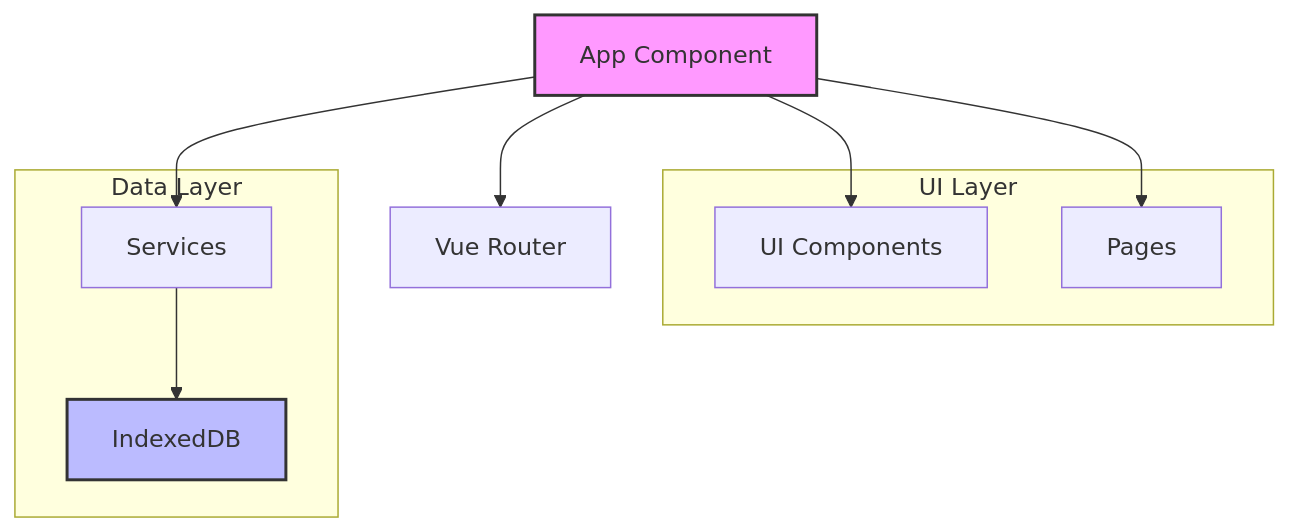
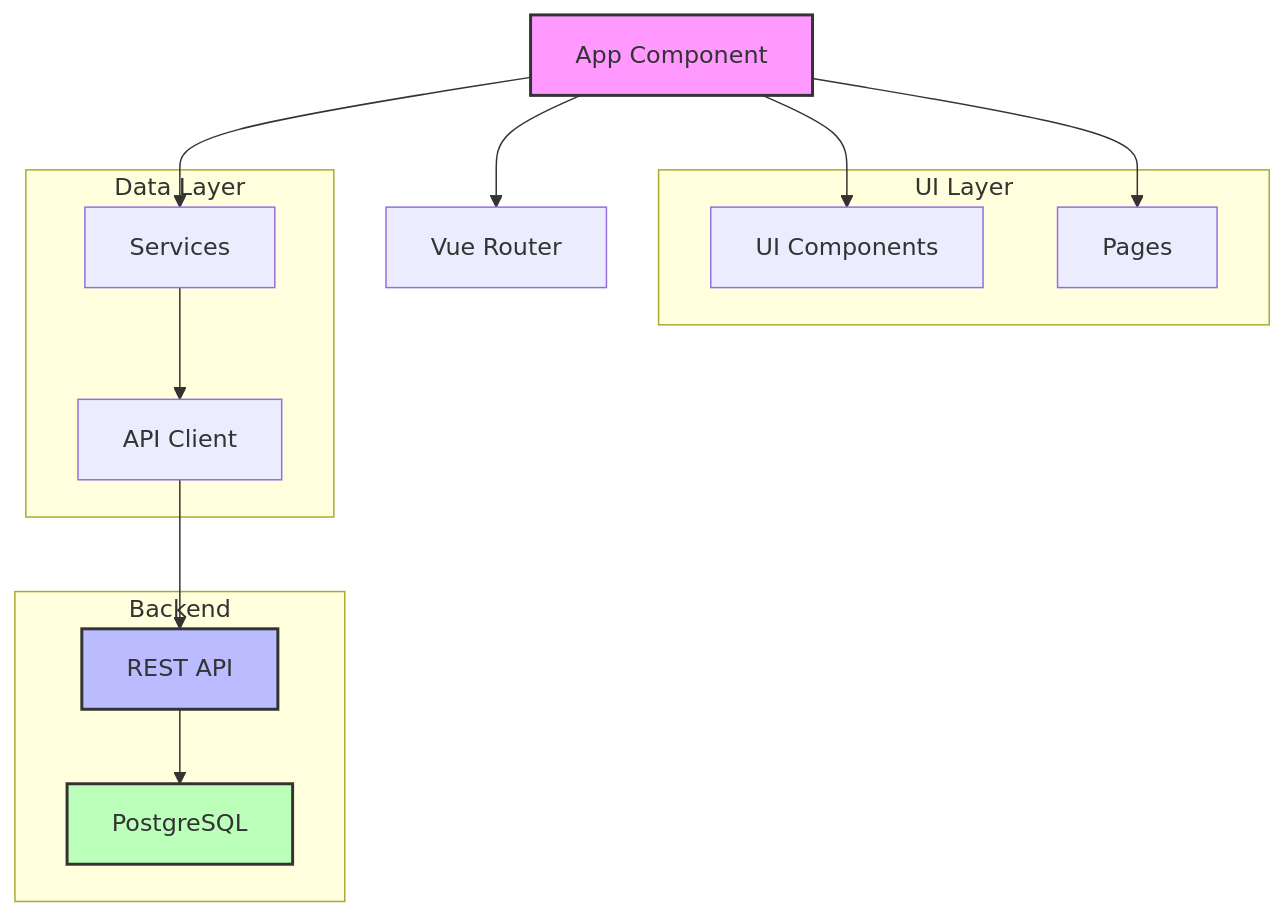
One commit to martinbo66/tv-bingo changed the diagram in vue-tvbingo/doc/architecture.mmd. Above: the diagram before and after it, drawn with Mermaid. The commit also changed 8 other files, not shown here.

First line of the commit message:
Add environment example file and update architecture documentation

```diff
--- a/vue-tvbingo/doc/architecture.mmd
+++ b/vue-tvbingo/doc/architecture.mmd
@@ -1,19 +1,27 @@
 graph TD
     A[App Component] --> B[Vue Router]
     A --> C[UI Components]
     A --> D[Pages]
     A --> E[Services]
-    E --> F[IndexedDB]
+    E --> F[API Client]
+    F --> G[REST API]
+    G --> H[PostgreSQL]
     
     subgraph UI Layer
         C
         D
     end
     
     subgraph Data Layer
         E
         F
     end
     
+    subgraph Backend
+        G
+        H
+    end
+    
     style A fill:#f9f,stroke:#333,stroke-width:2px
-    style F fill:#bbf,stroke:#333,stroke-width:2px 
+    style G fill:#bbf,stroke:#333,stroke-width:2px
+    style H fill:#bfb,stroke:#333,stroke-width:2px 
```
